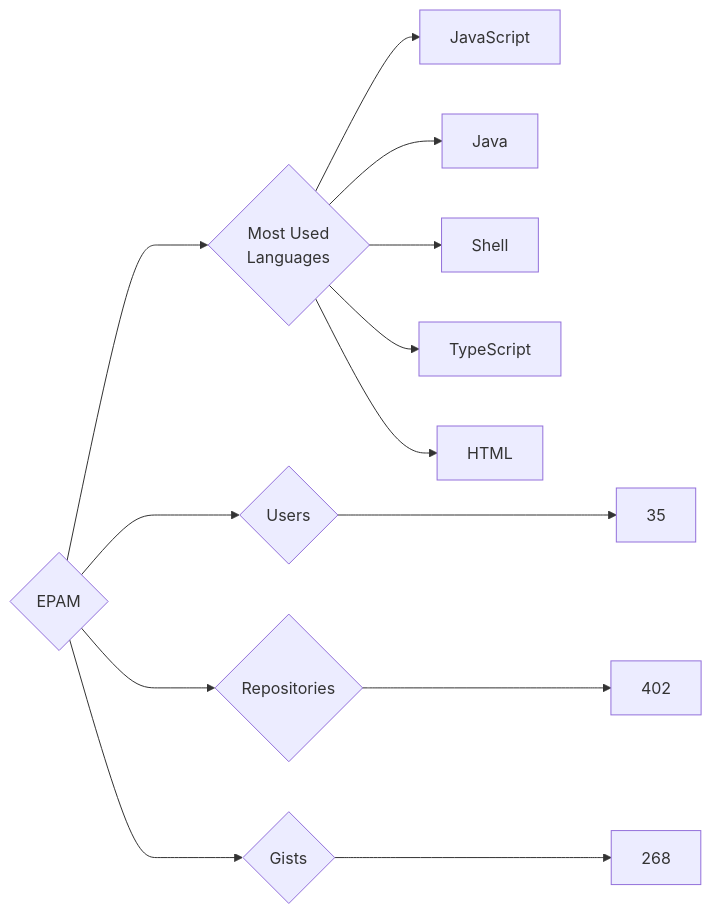
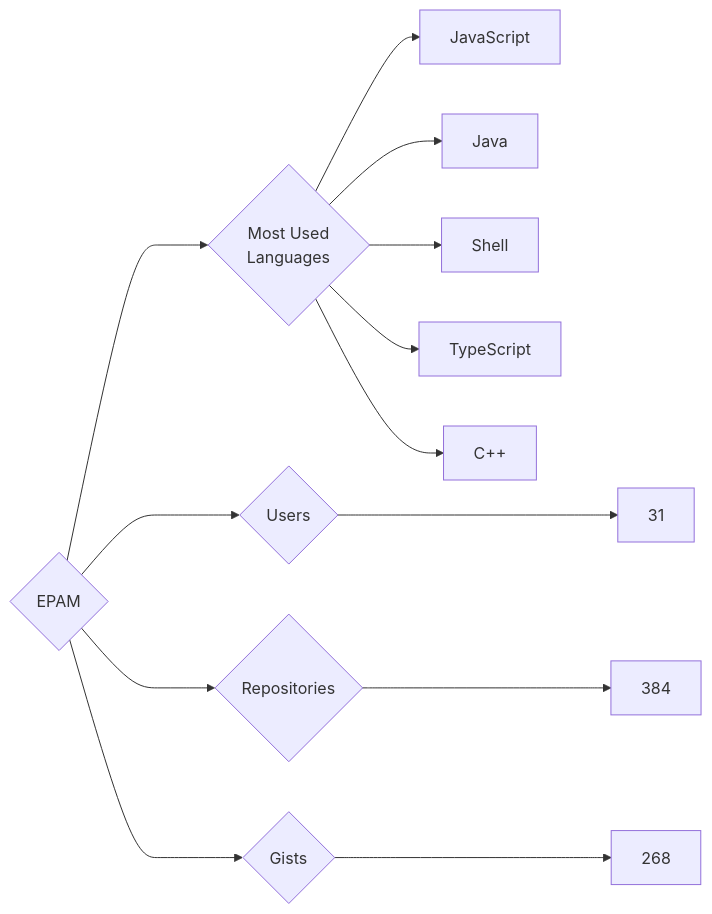
Before and after one commit to trickest/insiders: the diagram in targets/EPAM/README.md, drawn with Mermaid. The commit also changed 1195 other files, not shown here.

````diff
--- a/targets/EPAM/README.md
+++ b/targets/EPAM/README.md
@@ -3,13 +3,13 @@
 ```mermaid
 graph LR
 COMPANY_NAME{EPAM}
-COMPANY_NAME ---> U{Users} ---> UN[35]
-COMPANY_NAME ---> R{Repositories} ---> RN[402]
+COMPANY_NAME ---> U{Users} ---> UN[31]
+COMPANY_NAME ---> R{Repositories} ---> RN[384]
 COMPANY_NAME ---> G{Gists} ---> GN[268]
 COMPANY_NAME ---> ML{Most Used<br>Languages}
 ML --> JavaScript[JavaScript]
 ML --> Java[Java]
 ML --> Shell[Shell]
 ML --> TypeScript[TypeScript]
-ML --> HTML[HTML]
+ML --> C++[C++]
 ```
````
